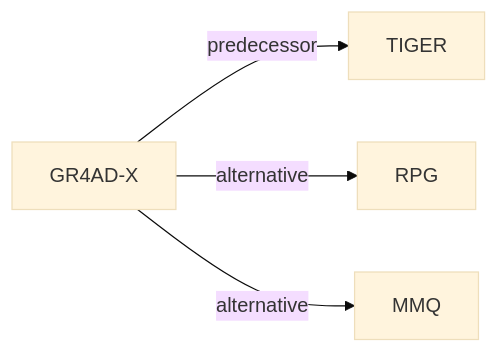
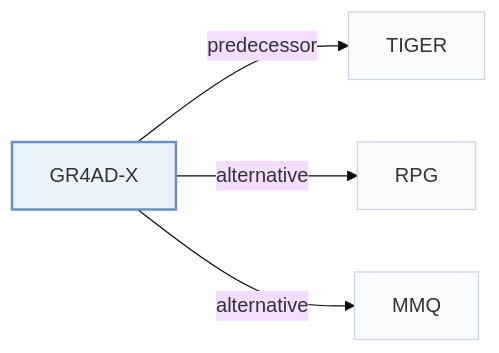
Before and after one commit to Galaxy-ghost/Awesome-SID-Generative-Rec: the second of 2 diagrams in pages/papers/gr4ad-x.md, drawn with Mermaid (base theme). The commit also changed other lines of this file and 649 other files, not shown here.

Commit message:
writer-05: also tags and modality index (schema, check, build, visuals); summary field removed; calibration data for 12 papers

````diff
--- a/pages/papers/gr4ad-x.md
+++ b/pages/papers/gr4ad-x.md
@@ -70,7 +73,11 @@
 ```mermaid
 flowchart LR
     P["GR4AD-X"]
-    P -->|predecessor| A["TIGER"]
-    P -->|alternative| B["RPG"]
-    P -->|alternative| C["MMQ"]
+    P -->|"predecessor"| A["TIGER"]
+    P -->|"alternative"| B["RPG"]
+    P -->|"alternative"| C["MMQ"]
+    classDef main fill:#eaf2fb,stroke:#6b8fc7,stroke-width:2px
+    classDef peer fill:#f8fafc,stroke:#cbd5e1
+    class P main
+    class A,B,C peer
 ```
````
